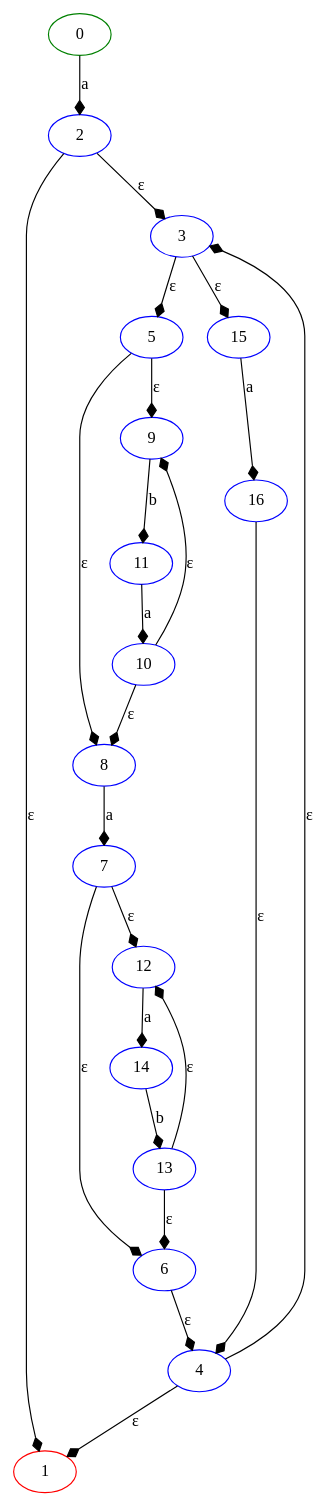
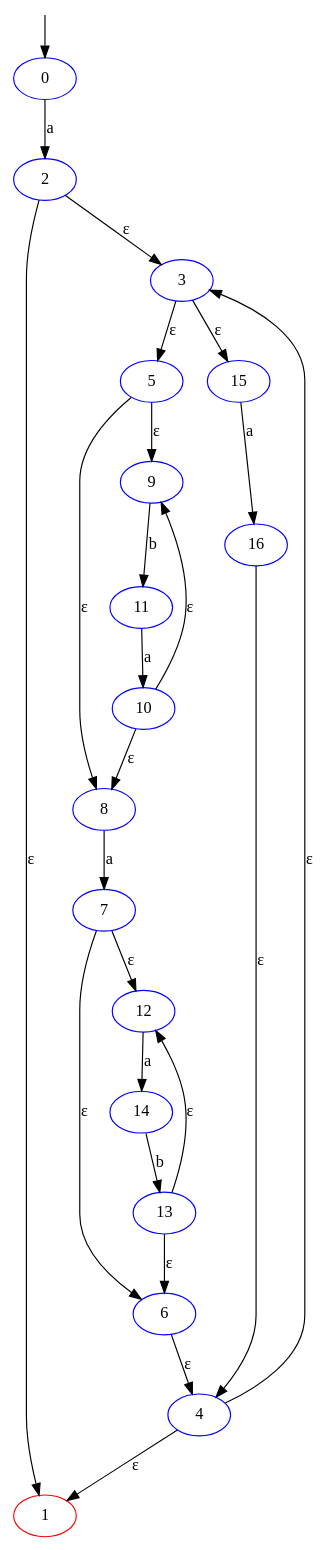
The diagram in img/nfa.dot (XDLoLiK/autore), drawn with Graphviz before and after one commit. The commit also changed 9 other files, not shown here.

```diff
--- a/img/nfa.dot
+++ b/img/nfa.dot
@@ -1,1 +1,1 @@
-digraph G{node [color=green;];0;node [color=red;];1;node [color=blue;];2;node [color=blue;];3;node [color=blue;];4;node [color=blue;];5;node [color=blue;];6;node [color=blue;];7;node [color=blue;];8;node [color=blue;];9;node [color=blue;];10;node [color=blue;];11;node [color=blue;];12;node [color=blue;];13;node [color=blue;];14;node [color=blue;];15;node [color=blue;];16;0->2[arrowhead=diamond;label="a";];2->1[arrowhead=diamond;label="ε";];2->3[arrowhead=diamond;label="ε";];3->5[arrowhead=diamond;label="ε";];3->15[arrowhead=diamond;label="ε";];4->1[arrowhead=diamond;label="ε";];4->3[arrowhead=diamond;label="ε";];5->8[arrowhead=diamond;label="ε";];5->9[arrowhead=diamond;label="ε";];6->4[arrowhead=diamond;label="ε";];7->6[arrowhead=diamond;label="ε";];7->12[arrowhead=diamond;label="ε";];8->7[arrowhead=diamond;label="a";];9->11[arrowhead=diamond;label="b";];10->8[arrowhead=diamond;label="ε";];10->9[arrowhead=diamond;label="ε";];11->10[arrowhead=diamond;label="a";];12->14[arrowhead=diamond;label="a";];13->6[arrowhead=diamond;label="ε";];13->12[arrowhead=diamond;label="ε";];14->13[arrowhead=diamond;label="b";];15->16[arrowhead=diamond;label="a";];16->4[arrowhead=diamond;label="ε";];}
+digraph G{node [color=blue;];0;node [color=red;];1;node [color=blue;];2;node [color=blue;];3;node [color=blue;];4;node [color=blue;];5;node [color=blue;];6;node [color=blue;];7;node [color=blue;];8;node [color=blue;];9;node [color=blue;];10;node [color=blue;];11;node [color=blue;];12;node [color=blue;];13;node [color=blue;];14;node [color=blue;];15;node [color=blue;];16;node [shape=none;label="";height=0;width=0;];-1;-1->0;0->2[label="a";];2->1[label="ε";];2->3[label="ε";];3->5[label="ε";];3->15[label="ε";];4->1[label="ε";];4->3[label="ε";];5->8[label="ε";];5->9[label="ε";];6->4[label="ε";];7->6[label="ε";];7->12[label="ε";];8->7[label="a";];9->11[label="b";];10->8[label="ε";];10->9[label="ε";];11->10[label="a";];12->14[label="a";];13->6[label="ε";];13->12[label="ε";];14->13[label="b";];15->16[label="a";];16->4[label="ε";];}
```
